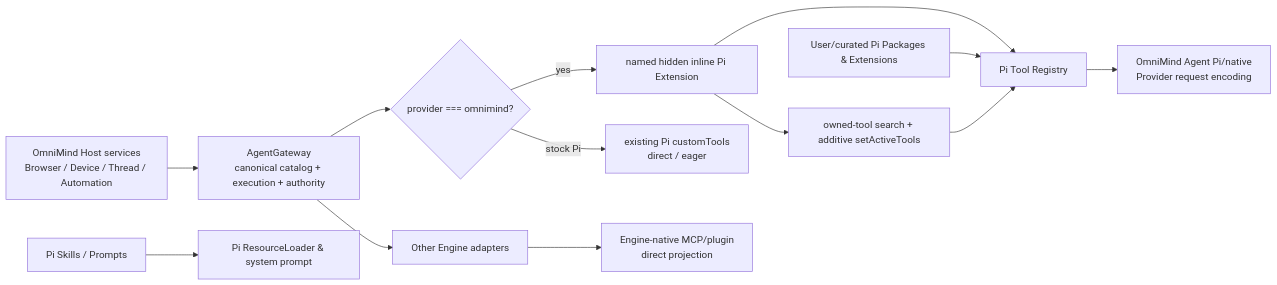
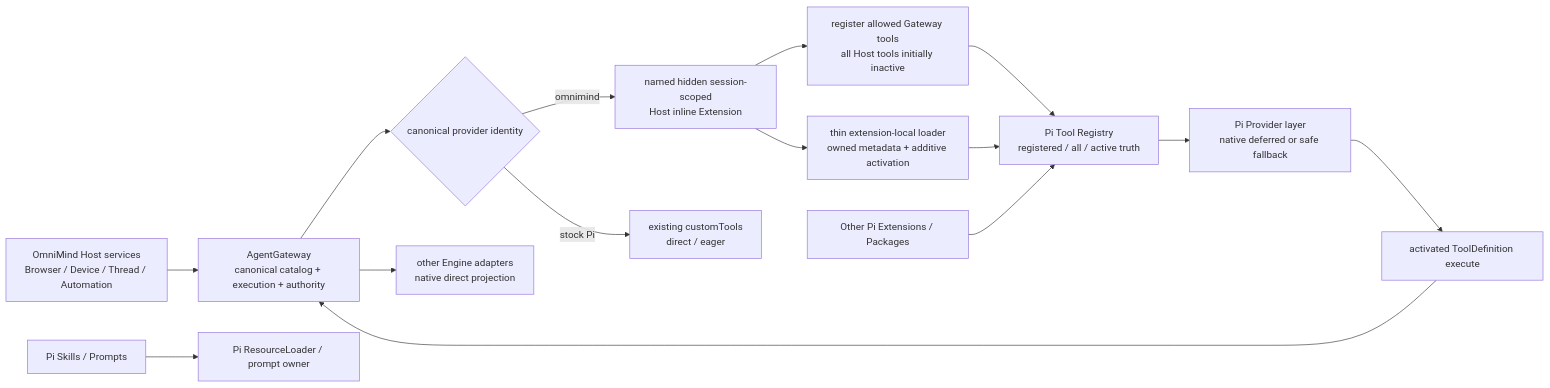
The diagram in research/pi-native-host-tool-loading-review.md (piai-lab/Haros), drawn with Mermaid before and after one commit. The commit also changed other lines of this file and 4 other files, not shown here.

Commit message:
docs(architecture): correct Pi dynamic Host tool lifecycle

````diff
--- a/research/pi-native-host-tool-loading-review.md
+++ b/research/pi-native-host-tool-loading-review.md
@@ -328,21 +154,19 @@
 ```mermaid
 flowchart LR
     H["OmniMind Host services<br/>Browser / Device / Thread / Automation"]
     G["AgentGateway<br/>canonical catalog + execution + authority"]
     H --> G
-
-    G --> O{"provider === omnimind?"}
-    O -->|yes| X["named hidden inline Pi Extension"]
-    X --> R["Pi Tool Registry"]
-
-    O -->|stock Pi| C["existing Pi customTools<br/>direct / eager"]
-    G --> N["Other Engine adapters"]
-    N --> M["Engine-native MCP/plugin<br/>direct projection"]
-
-    P["User/curated Pi Packages & Extensions"] --> R
-    S["Pi Skills / Prompts"] --> Q["Pi ResourceLoader & system prompt"]
-
-    X --> A["owned-tool search + additive setActiveTools"]
-    A --> R
-    R --> W["OmniMind Agent Pi/native<br/>Provider request encoding"]
+    G --> I{"canonical provider identity"}
+    I -->|omnimind| X["named hidden session-scoped<br/>Host inline Extension"]
+    X --> T["register allowed Gateway tools<br/>all Host tools initially inactive"]
+    X --> L["thin extension-local loader<br/>owned metadata + additive activation"]
+    T --> R["Pi Tool Registry<br/>registered / all / active truth"]
+    L --> R
+    R --> W["Pi Provider layer<br/>native deferred or safe fallback"]
+    W --> E["activated ToolDefinition execute"]
+    E --> G
+    I -->|stock Pi| P["existing customTools<br/>direct / eager"]
+    G --> N["other Engine adapters<br/>native direct projection"]
+    Q["Other Pi Extensions / Packages"] --> R
+    S["Pi Skills / Prompts"] --> U["Pi ResourceLoader / prompt owner"]
 ```
````
